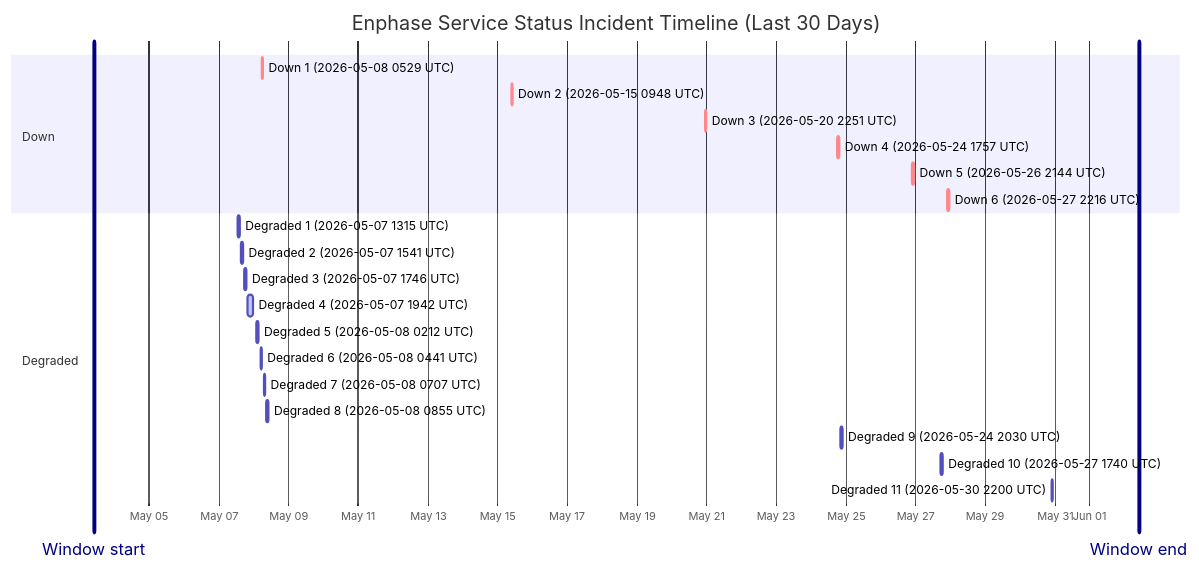
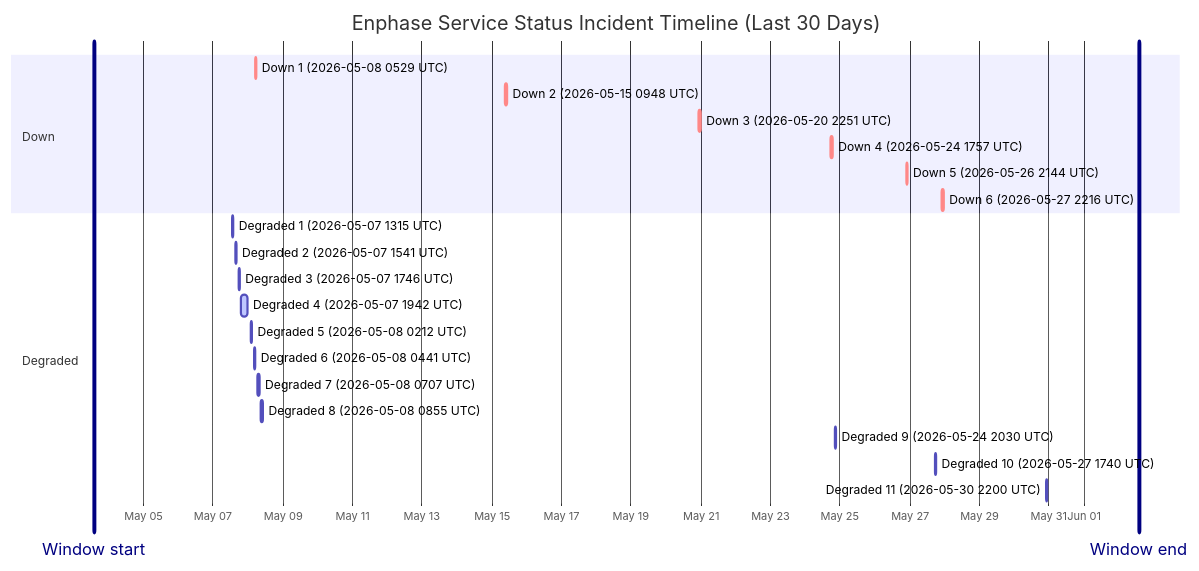
One commit to barneyonline/ha-enphase-energy changed the diagram in wiki/Service-Status-History.md. Above: the diagram before and after it, drawn with Mermaid. The commit also changed other lines of this file and 3 other files, not shown here.

````diff
--- a/wiki/Service-Status-History.md
+++ b/wiki/Service-Status-History.md
@@ -14,27 +14,27 @@
 ```mermaid
 gantt
     title Enphase Service Status Incident Timeline (Last 30 Days)
     dateFormat  YYYY-MM-DDTHH:mm:ss
     axisFormat  %b %d
-    Window start :vert, window-start, 2026-05-03T09:47:59, 0ms
-    Window end :vert, window-end, 2026-06-02T09:47:59, 0ms
+    Window start :vert, window-start, 2026-05-03T14:00:56, 0ms
+    Window end :vert, window-end, 2026-06-02T14:00:56, 0ms
     section Down
     Down 1 (2026-05-08 0529 UTC) :crit, down-1, 2026-05-08T05:29:47, 60m
     Down 2 (2026-05-15 0948 UTC) :crit, down-2, 2026-05-15T09:48:18, 60m
     Down 3 (2026-05-20 2251 UTC) :crit, down-3, 2026-05-20T22:51:14, 75m
     Down 4 (2026-05-24 1757 UTC) :crit, down-4, 2026-05-24T17:57:41, 86m
     Down 5 (2026-05-26 2144 UTC) :crit, down-5, 2026-05-26T21:44:11, 85m
     Down 6 (2026-05-27 2216 UTC) :crit, down-6, 2026-05-27T22:16:53, 87m
     section Degraded
     Degraded 1 (2026-05-07 1315 UTC) :active, degraded-1, 2026-05-07T13:15:25, 60m
     Degraded 2 (2026-05-07 1541 UTC) :active, degraded-2, 2026-05-07T15:41:58, 60m
     Degraded 3 (2026-05-07 1746 UTC) :active, degraded-3, 2026-05-07T17:46:51, 60m
     Degraded 4 (2026-05-07 1942 UTC) :active, degraded-4, 2026-05-07T19:42:10, 249m
     Degraded 5 (2026-05-08 0212 UTC) :active, degraded-5, 2026-05-08T02:12:39, 60m
     Degraded 6 (2026-05-08 0441 UTC) :active, degraded-6, 2026-05-08T04:41:46, 60m
     Degraded 7 (2026-05-08 0707 UTC) :active, degraded-7, 2026-05-08T07:07:30, 60m
     Degraded 8 (2026-05-08 0855 UTC) :active, degraded-8, 2026-05-08T08:55:20, 88m
     Degraded 9 (2026-05-24 2030 UTC) :active, degraded-9, 2026-05-24T20:30:57, 84m
     Degraded 10 (2026-05-27 1740 UTC) :active, degraded-10, 2026-05-27T17:40:52, 60m
     Degraded 11 (2026-05-30 2200 UTC) :active, degraded-11, 2026-05-30T22:00:37, 60m
 ```
````
